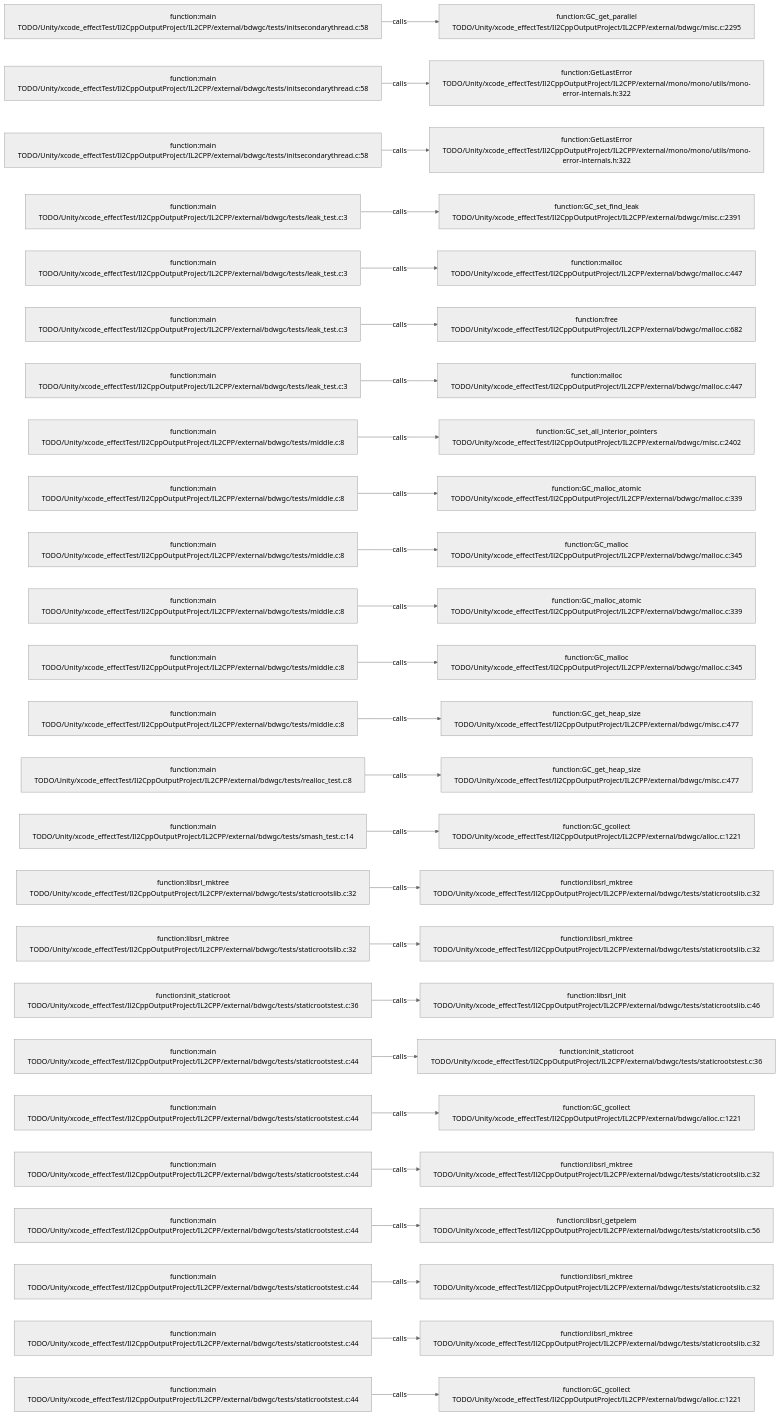
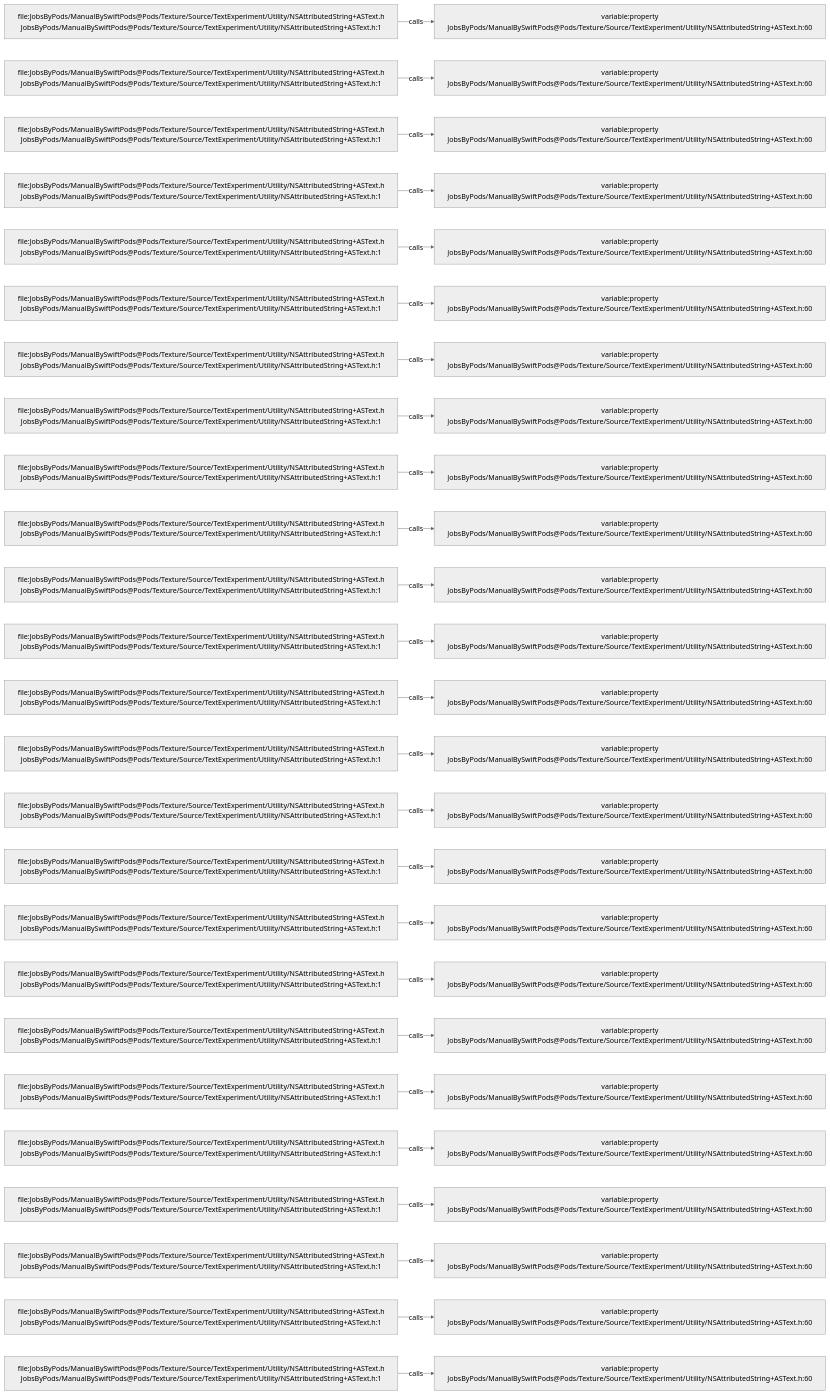
Before and after one commit to JobsKits/JobsSwiftBaseConfigDemo: the diagram in .codegraph/codegraph.md/graphs/calls-160.md, drawn with Mermaid (neutral theme). The commit also changed 2959 other files, not shown here.

````diff
--- a/.codegraph/codegraph.md/graphs/calls-160.md
+++ b/.codegraph/codegraph.md/graphs/calls-160.md
@@ -13,78 +13,78 @@
 ```mermaid
 flowchart LR
-  S1["function:main<br/>TODO/Unity/xcode_effectTest/Il2CppOutputProject/IL2CPP/external/bdwgc/tests/initsecondarythread.c:58"]
-  T1["function:GC_get_parallel<br/>TODO/Unity/xcode_effectTest/Il2CppOutputProject/IL2CPP/external/bdwgc/misc.c:2295"]
+  S1["file:JobsByPods/ManualBySwiftPods@Pods/Texture/Source/TextExperiment/Utility/NSAttributedString+ASText.h<br/>JobsByPods/ManualBySwiftPods@Pods/Texture/Source/TextExperiment/Utility/NSAttributedString+ASText.h:1"]
+  T1["variable:property<br/>JobsByPods/ManualBySwiftPods@Pods/Texture/Source/TextExperiment/Utility/NSAttributedString+ASText.h:60"]
   S1 -->|calls| T1
-  S2["function:main<br/>TODO/Unity/xcode_effectTest/Il2CppOutputProject/IL2CPP/external/bdwgc/tests/initsecondarythread.c:58"]
-  T2["function:GetLastError<br/>TODO/Unity/xcode_effectTest/Il2CppOutputProject/IL2CPP/external/mono/mono/utils/mono-error-internals.h:322"]
+  S2["file:JobsByPods/ManualBySwiftPods@Pods/Texture/Source/TextExperiment/Utility/NSAttributedString+ASText.h<br/>JobsByPods/ManualBySwiftPods@Pods/Texture/Source/TextExperiment/Utility/NSAttributedString+ASText.h:1"]
+  T2["variable:property<br/>JobsByPods/ManualBySwiftPods@Pods/Texture/Source/TextExperiment/Utility/NSAttributedString+ASText.h:60"]
   S2 -->|calls| T2
-  S3["function:main<br/>TODO/Unity/xcode_effectTest/Il2CppOutputProject/IL2CPP/external/bdwgc/tests/initsecondarythread.c:58"]
-  T3["function:GetLastError<br/>TODO/Unity/xcode_effectTest/Il2CppOutputProject/IL2CPP/external/mono/mono/utils/mono-error-internals.h:322"]
+  S3["file:JobsByPods/ManualBySwiftPods@Pods/Texture/Source/TextExperiment/Utility/NSAttributedString+ASText.h<br/>JobsByPods/ManualBySwiftPods@Pods/Texture/Source/TextExperiment/Utility/NSAttributedString+ASText.h:1"]
+  T3["variable:property<br/>JobsByPods/ManualBySwiftPods@Pods/Texture/Source/TextExperiment/Utility/NSAttributedString+ASText.h:60"]
   S3 -->|calls| T3
-  S4["function:main<br/>TODO/Unity/xcode_effectTest/Il2CppOutputProject/IL2CPP/external/bdwgc/tests/leak_test.c:3"]
-  T4["function:GC_set_find_leak<br/>TODO/Unity/xcode_effectTest/Il2CppOutputProject/IL2CPP/external/bdwgc/misc.c:2391"]
+  S4["file:JobsByPods/ManualBySwiftPods@Pods/Texture/Source/TextExperiment/Utility/NSAttributedString+ASText.h<br/>JobsByPods/ManualBySwiftPods@Pods/Texture/Source/TextExperiment/Utility/NSAttributedString+ASText.h:1"]
+  T4["variable:property<br/>JobsByPods/ManualBySwiftPods@Pods/Texture/Source/TextExperiment/Utility/NSAttributedString+ASText.h:60"]
   S4 -->|calls| T4
-  S5["function:main<br/>TODO/Unity/xcode_effectTest/Il2CppOutputProject/IL2CPP/external/bdwgc/tests/leak_test.c:3"]
-  T5["function:malloc<br/>TODO/Unity/xcode_effectTest/Il2CppOutputProject/IL2CPP/external/bdwgc/malloc.c:447"]
+  S5["file:JobsByPods/ManualBySwiftPods@Pods/Texture/Source/TextExperiment/Utility/NSAttributedString+ASText.h<br/>JobsByPods/ManualBySwiftPods@Pods/Texture/Source/TextExperiment/Utility/NSAttributedString+ASText.h:1"]
+  T5["variable:property<br/>JobsByPods/ManualBySwiftPods@Pods/Texture/Source/TextExperiment/Utility/NSAttributedString+ASText.h:60"]
   S5 -->|calls| T5
-  S6["function:main<br/>TODO/Unity/xcode_effectTest/Il2CppOutputProject/IL2CPP/external/bdwgc/tests/leak_test.c:3"]
-  T6["function:free<br/>TODO/Unity/xcode_effectTest/Il2CppOutputProject/IL2CPP/external/bdwgc/malloc.c:682"]
+  S6["file:JobsByPods/ManualBySwiftPods@Pods/Texture/Source/TextExperiment/Utility/NSAttributedString+ASText.h<br/>JobsByPods/ManualBySwiftPods@Pods/Texture/Source/TextExperiment/Utility/NSAttributedString+ASText.h:1"]
+  T6["variable:property<br/>JobsByPods/ManualBySwiftPods@Pods/Texture/Source/TextExperiment/Utility/NSAttributedString+ASText.h:60"]
   S6 -->|calls| T6
-  S7["function:main<br/>TODO/Unity/xcode_effectTest/Il2CppOutputProject/IL2CPP/external/bdwgc/tests/leak_test.c:3"]
-  T7["function:malloc<br/>TODO/Unity/xcode_effectTest/Il2CppOutputProject/IL2CPP/external/bdwgc/malloc.c:447"]
+  S7["file:JobsByPods/ManualBySwiftPods@Pods/Texture/Source/TextExperiment/Utility/NSAttributedString+ASText.h<br/>JobsByPods/ManualBySwiftPods@Pods/Texture/Source/TextExperiment/Utility/NSAttributedString+ASText.h:1"]
+  T7["variable:property<br/>JobsByPods/ManualBySwiftPods@Pods/Texture/Source/TextExperiment/Utility/NSAttributedString+ASText.h:60"]
   S7 -->|calls| T7
-  S8["function:main<br/>TODO/Unity/xcode_effectTest/Il2CppOutputProject/IL2CPP/external/bdwgc/tests/middle.c:8"]
-  T8["function:GC_set_all_interior_pointers<br/>TODO/Unity/xcode_effectTest/Il2CppOutputProject/IL2CPP/external/bdwgc/misc.c:2402"]
+  S8["file:JobsByPods/ManualBySwiftPods@Pods/Texture/Source/TextExperiment/Utility/NSAttributedString+ASText.h<br/>JobsByPods/ManualBySwiftPods@Pods/Texture/Source/TextExperiment/Utility/NSAttributedString+ASText.h:1"]
+  T8["variable:property<br/>JobsByPods/ManualBySwiftPods@Pods/Texture/Source/TextExperiment/Utility/NSAttributedString+ASText.h:60"]
   S8 -->|calls| T8
-  S9["function:main<br/>TODO/Unity/xcode_effectTest/Il2CppOutputProject/IL2CPP/external/bdwgc/tests/middle.c:8"]
-  T9["function:GC_malloc_atomic<br/>TODO/Unity/xcode_effectTest/Il2CppOutputProject/IL2CPP/external/bdwgc/malloc.c:339"]
+  S9["file:JobsByPods/ManualBySwiftPods@Pods/Texture/Source/TextExperiment/Utility/NSAttributedString+ASText.h<br/>JobsByPods/ManualBySwiftPods@Pods/Texture/Source/TextExperiment/Utility/NSAttributedString+ASText.h:1"]
+  T9["variable:property<br/>JobsByPods/ManualBySwiftPods@Pods/Texture/Source/TextExperiment/Utility/NSAttributedString+ASText.h:60"]
   S9 -->|calls| T9
-  S10["function:main<br/>TODO/Unity/xcode_effectTest/Il2CppOutputProject/IL2CPP/external/bdwgc/tests/middle.c:8"]
-  T10["function:GC_malloc<br/>TODO/Unity/xcode_effectTest/Il2CppOutputProject/IL2CPP/external/bdwgc/malloc.c:345"]
+  S10["file:JobsByPods/ManualBySwiftPods@Pods/Texture/Source/TextExperiment/Utility/NSAttributedString+ASText.h<br/>JobsByPods/ManualBySwiftPods@Pods/Texture/Source/TextExperiment/Utility/NSAttributedString+ASText.h:1"]
+  T10["variable:property<br/>JobsByPods/ManualBySwiftPods@Pods/Texture/Source/TextExperiment/Utility/NSAttributedString+ASText.h:60"]
   S10 -->|calls| T10
-  S11["function:main<br/>TODO/Unity/xcode_effectTest/Il2CppOutputProject/IL2CPP/external/bdwgc/tests/middle.c:8"]
-  T11["function:GC_malloc_atomic<br/>TODO/Unity/xcode_effectTest/Il2CppOutputProject/IL2CPP/external/bdwgc/malloc.c:339"]
+  S11["file:JobsByPods/ManualBySwiftPods@Pods/Texture/Source/TextExperiment/Utility/NSAttributedString+ASText.h<br/>JobsByPods/ManualBySwiftPods@Pods/Texture/Source/TextExperiment/Utility/NSAttributedString+ASText.h:1"]
+  T11["variable:property<br/>JobsByPods/ManualBySwiftPods@Pods/Texture/Source/TextExperiment/Utility/NSAttributedString+ASText.h:60"]
   S11 -->|calls| T11
-  S12["function:main<br/>TODO/Unity/xcode_effectTest/Il2CppOutputProject/IL2CPP/external/bdwgc/tests/middle.c:8"]
-  T12["function:GC_malloc<br/>TODO/Unity/xcode_effectTest/Il2CppOutputProject/IL2CPP/external/bdwgc/malloc.c:345"]
+  S12["file:JobsByPods/ManualBySwiftPods@Pods/Texture/Source/TextExperiment/Utility/NSAttributedString+ASText.h<br/>JobsByPods/ManualBySwiftPods@Pods/Texture/Source/TextExperiment/Utility/NSAttributedString+ASText.h:1"]
+  T12["variable:property<br/>JobsByPods/ManualBySwiftPods@Pods/Texture/Source/TextExperiment/Utility/NSAttributedString+ASText.h:60"]
   S12 -->|calls| T12
-  S13["function:main<br/>TODO/Unity/xcode_effectTest/Il2CppOutputProject/IL2CPP/external/bdwgc/tests/middle.c:8"]
-  T13["function:GC_get_heap_size<br/>TODO/Unity/xcode_effectTest/Il2CppOutputProject/IL2CPP/external/bdwgc/misc.c:477"]
+  S13["file:JobsByPods/ManualBySwiftPods@Pods/Texture/Source/TextExperiment/Utility/NSAttributedString+ASText.h<br/>JobsByPods/ManualBySwiftPods@Pods/Texture/Source/TextExperiment/Utility/NSAttributedString+ASText.h:1"]
+  T13["variable:property<br/>JobsByPods/ManualBySwiftPods@Pods/Texture/Source/TextExperiment/Utility/NSAttributedString+ASText.h:60"]
   S13 -->|calls| T13
-  S14["function:main<br/>TODO/Unity/xcode_effectTest/Il2CppOutputProject/IL2CPP/external/bdwgc/tests/realloc_test.c:8"]
-  T14["function:GC_get_heap_size<br/>TODO/Unity/xcode_effectTest/Il2CppOutputProject/IL2CPP/external/bdwgc/misc.c:477"]
+  S14["file:JobsByPods/ManualBySwiftPods@Pods/Texture/Source/TextExperiment/Utility/NSAttributedString+ASText.h<br/>JobsByPods/ManualBySwiftPods@Pods/Texture/Source/TextExperiment/Utility/NSAttributedString+ASText.h:1"]
+  T14["variable:property<br/>JobsByPods/ManualBySwiftPods@Pods/Texture/Source/TextExperiment/Utility/NSAttributedString+ASText.h:60"]
   S14 -->|calls| T14
-  S15["function:main<br/>TODO/Unity/xcode_effectTest/Il2CppOutputProject/IL2CPP/external/bdwgc/tests/smash_test.c:14"]
-  T15["function:GC_gcollect<br/>TODO/Unity/xcode_effectTest/Il2CppOutputProject/IL2CPP/external/bdwgc/alloc.c:1221"]
+  S15["file:JobsByPods/ManualBySwiftPods@Pods/Texture/Source/TextExperiment/Utility/NSAttributedString+ASText.h<br/>JobsByPods/ManualBySwiftPods@Pods/Texture/Source/TextExperiment/Utility/NSAttributedString+ASText.h:1"]
+  T15["variable:property<br/>JobsByPods/ManualBySwiftPods@Pods/Texture/Source/TextExperiment/Utility/NSAttributedString+ASText.h:60"]
   S15 -->|calls| T15
-  S16["function:libsrl_mktree<br/>TODO/Unity/xcode_effectTest/Il2CppOutputProject/IL2CPP/external/bdwgc/tests/staticrootslib.c:32"]
-  T16["function:libsrl_mktree<br/>TODO/Unity/xcode_effectTest/Il2CppOutputProject/IL2CPP/external/bdwgc/tests/staticrootslib.c:32"]
+  S16["file:JobsByPods/ManualBySwiftPods@Pods/Texture/Source/TextExperiment/Utility/NSAttributedString+ASText.h<br/>JobsByPods/ManualBySwiftPods@Pods/Texture/Source/TextExperiment/Utility/NSAttributedString+ASText.h:1"]
+  T16["variable:property<br/>JobsByPods/ManualBySwiftPods@Pods/Texture/Source/TextExperiment/Utility/NSAttributedString+ASText.h:60"]
   S16 -->|calls| T16
-  S17["function:libsrl_mktree<br/>TODO/Unity/xcode_effectTest/Il2CppOutputProject/IL2CPP/external/bdwgc/tests/staticrootslib.c:32"]
-  T17["function:libsrl_mktree<br/>TODO/Unity/xcode_effectTest/Il2CppOutputProject/IL2CPP/external/bdwgc/tests/staticrootslib.c:32"]
+  S17["file:JobsByPods/ManualBySwiftPods@Pods/Texture/Source/TextExperiment/Utility/NSAttributedString+ASText.h<br/>JobsByPods/ManualBySwiftPods@Pods/Texture/Source/TextExperiment/Utility/NSAttributedString+ASText.h:1"]
+  T17["variable:property<br/>JobsByPods/ManualBySwiftPods@Pods/Texture/Source/TextExperiment/Utility/NSAttributedString+ASText.h:60"]
   S17 -->|calls| T17
-  S18["function:init_staticroot<br/>TODO/Unity/xcode_effectTest/Il2CppOutputProject/IL2CPP/external/bdwgc/tests/staticrootstest.c:36"]
-  T18["function:libsrl_init<br/>TODO/Unity/xcode_effectTest/Il2CppOutputProject/IL2CPP/external/bdwgc/tests/staticrootslib.c:46"]
+  S18["file:JobsByPods/ManualBySwiftPods@Pods/Texture/Source/TextExperiment/Utility/NSAttributedString+ASText.h<br/>JobsByPods/ManualBySwiftPods@Pods/Texture/Source/TextExperiment/Utility/NSAttributedString+ASText.h:1"]
+  T18["variable:property<br/>JobsByPods/ManualBySwiftPods@Pods/Texture/Source/TextExperiment/Utility/NSAttributedString+ASText.h:60"]
   S18 -->|calls| T18
-  S19["function:main<br/>TODO/Unity/xcode_effectTest/Il2CppOutputProject/IL2CPP/external/bdwgc/tests/staticrootstest.c:44"]
-  T19["function:init_staticroot<br/>TODO/Unity/xcode_effectTest/Il2CppOutputProject/IL2CPP/external/bdwgc/tests/staticrootstest.c:36"]
+  S19["file:JobsByPods/ManualBySwiftPods@Pods/Texture/Source/TextExperiment/Utility/NSAttributedString+ASText.h<br/>JobsByPods/ManualBySwiftPods@Pods/Texture/Source/TextExperiment/Utility/NSAttributedString+ASText.h:1"]
+  T19["variable:property<br/>JobsByPods/ManualBySwiftPods@Pods/Texture/Source/TextExperiment/Utility/NSAttributedString+ASText.h:60"]
   S19 -->|calls| T19
-  S20["function:main<br/>TODO/Unity/xcode_effectTest/Il2CppOutputProject/IL2CPP/external/bdwgc/tests/staticrootstest.c:44"]
-  T20["function:GC_gcollect<br/>TODO/Unity/xcode_effectTest/Il2CppOutputProject/IL2CPP/external/bdwgc/alloc.c:1221"]
+  S20["file:JobsByPods/ManualBySwiftPods@Pods/Texture/Source/TextExperiment/Utility/NSAttributedString+ASText.h<br/>JobsByPods/ManualBySwiftPods@Pods/Texture/Source/TextExperiment/Utility/NSAttributedString+ASText.h:1"]
+  T20["variable:property<br/>JobsByPods/ManualBySwiftPods@Pods/Texture/Source/TextExperiment/Utility/NSAttributedString+ASText.h:60"]
   S20 -->|calls| T20
-  S21["function:main<br/>TODO/Unity/xcode_effectTest/Il2CppOutputProject/IL2CPP/external/bdwgc/tests/staticrootstest.c:44"]
-  T21["function:libsrl_mktree<br/>TODO/Unity/xcode_effectTest/Il2CppOutputProject/IL2CPP/external/bdwgc/tests/staticrootslib.c:32"]
+  S21["file:JobsByPods/ManualBySwiftPods@Pods/Texture/Source/TextExperiment/Utility/NSAttributedString+ASText.h<br/>JobsByPods/ManualBySwiftPods@Pods/Texture/Source/TextExperiment/Utility/NSAttributedString+ASText.h:1"]
+  T21["variable:property<br/>JobsByPods/ManualBySwiftPods@Pods/Texture/Source/TextExperiment/Utility/NSAttributedString+ASText.h:60"]
   S21 -->|calls| T21
-  S22["function:main<br/>TODO/Unity/xcode_effectTest/Il2CppOutputProject/IL2CPP/external/bdwgc/tests/staticrootstest.c:44"]
-  T22["function:libsrl_getpelem<br/>TODO/Unity/xcode_effectTest/Il2CppOutputProject/IL2CPP/external/bdwgc/tests/staticrootslib.c:56"]
+  S22["file:JobsByPods/ManualBySwiftPods@Pods/Texture/Source/TextExperiment/Utility/NSAttributedString+ASText.h<br/>JobsByPods/ManualBySwiftPods@Pods/Texture/Source/TextExperiment/Utility/NSAttributedString+ASText.h:1"]
+  T22["variable:property<br/>JobsByPods/ManualBySwiftPods@Pods/Texture/Source/TextExperiment/Utility/NSAttributedString+ASText.h:60"]
   S22 -->|calls| T22
-  S23["function:main<br/>TODO/Unity/xcode_effectTest/Il2CppOutputProject/IL2CPP/external/bdwgc/tests/staticrootstest.c:44"]
-  T23["function:libsrl_mktree<br/>TODO/Unity/xcode_effectTest/Il2CppOutputProject/IL2CPP/external/bdwgc/tests/staticrootslib.c:32"]
+  S23["file:JobsByPods/ManualBySwiftPods@Pods/Texture/Source/TextExperiment/Utility/NSAttributedString+ASText.h<br/>JobsByPods/ManualBySwiftPods@Pods/Texture/Source/TextExperiment/Utility/NSAttributedString+ASText.h:1"]
+  T23["variable:property<br/>JobsByPods/ManualBySwiftPods@Pods/Texture/Source/TextExperiment/Utility/NSAttributedString+ASText.h:60"]
   S23 -->|calls| T23
-  S24["function:main<br/>TODO/Unity/xcode_effectTest/Il2CppOutputProject/IL2CPP/external/bdwgc/tests/staticrootstest.c:44"]
-  T24["function:libsrl_mktree<br/>TODO/Unity/xcode_effectTest/Il2CppOutputProject/IL2CPP/external/bdwgc/tests/staticrootslib.c:32"]
+  S24["file:JobsByPods/ManualBySwiftPods@Pods/Texture/Source/TextExperiment/Utility/NSAttributedString+ASText.h<br/>JobsByPods/ManualBySwiftPods@Pods/Texture/Source/TextExperiment/Utility/NSAttributedString+ASText.h:1"]
+  T24["variable:property<br/>JobsByPods/ManualBySwiftPods@Pods/Texture/Source/TextExperiment/Utility/NSAttributedString+ASText.h:60"]
   S24 -->|calls| T24
-  S25["function:main<br/>TODO/Unity/xcode_effectTest/Il2CppOutputProject/IL2CPP/external/bdwgc/tests/staticrootstest.c:44"]
-  T25["function:GC_gcollect<br/>TODO/Unity/xcode_effectTest/Il2CppOutputProject/IL2CPP/external/bdwgc/alloc.c:1221"]
+  S25["file:JobsByPods/ManualBySwiftPods@Pods/Texture/Source/TextExperiment/Utility/NSAttributedString+ASText.h<br/>JobsByPods/ManualBySwiftPods@Pods/Texture/Source/TextExperiment/Utility/NSAttributedString+ASText.h:1"]
+  T25["variable:property<br/>JobsByPods/ManualBySwiftPods@Pods/Texture/Source/TextExperiment/Utility/NSAttributedString+ASText.h:60"]
   S25 -->|calls| T25
 ```
````
